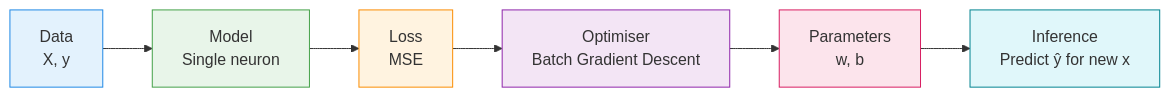
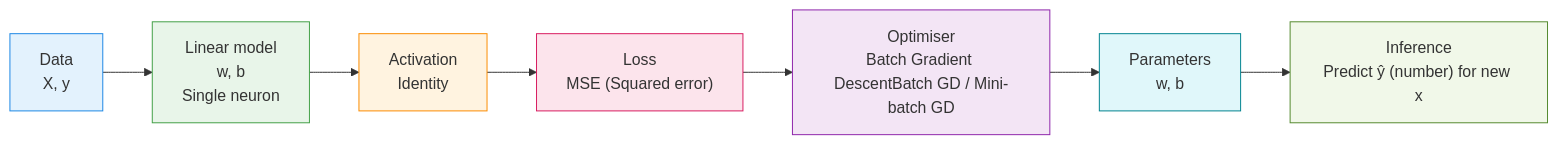
One commit to arshadhs/arshadhs.github.io changed the first of 3 diagrams in content/docs/ai/deep-learning/linear-neural-networks-for-regression.md. Above: the diagram before and after it, drawn with Mermaid. The commit also changed 1 other file, not shown here.

```diff
--- a/content/docs/ai/deep-learning/linear-neural-networks-for-regression.md
+++ b/content/docs/ai/deep-learning/linear-neural-networks-for-regression.md
@@ -41,16 +41,18 @@
 {{< mermaid >}}
 flowchart LR
-  D["Data<br/>X, y"] --> M["Model<br/>Single neuron"]
-  M --> L["Loss<br/>MSE"]
-  L --> O["Optimiser<br/>Batch Gradient Descent"]
+  D["Data<br/>X, y"] --> M["Linear model<br/>w, b<br/>Single neuron"]
+  M --> A["Activation<br/>Identity"]
+  A --> L["Loss<br/>MSE (Squared error)"]
+  L --> O["Optimiser<br/>Batch Gradient DescentBatch GD / Mini-batch GD"]
   O --> P["Parameters<br/>w, b"]
-  P --> I["Inference<br/>Predict ŷ for new x"]
+  P --> I["Inference<br/>Predict ŷ (number) for new x"]
 
   %% Pastel colour scheme
   style D fill:#E3F2FD,stroke:#1E88E5,stroke-width:1px
   style M fill:#E8F5E9,stroke:#43A047,stroke-width:1px
-  style L fill:#FFF3E0,stroke:#FB8C00,stroke-width:1px
+  style A fill:#FFF3E0,stroke:#FB8C00,stroke-width:1px
+  style L fill:#FCE4EC,stroke:#D81B60,stroke-width:1px
   style O fill:#F3E5F5,stroke:#8E24AA,stroke-width:1px
-  style P fill:#FCE4EC,stroke:#D81B60,stroke-width:1px
-  style I fill:#E0F7FA,stroke:#00838F,stroke-width:1px
+  style P fill:#E0F7FA,stroke:#00838F,stroke-width:1px
+  style I fill:#F1F8E9,stroke:#558B2F,stroke-width:1px
 {{< /mermaid >}}
```
